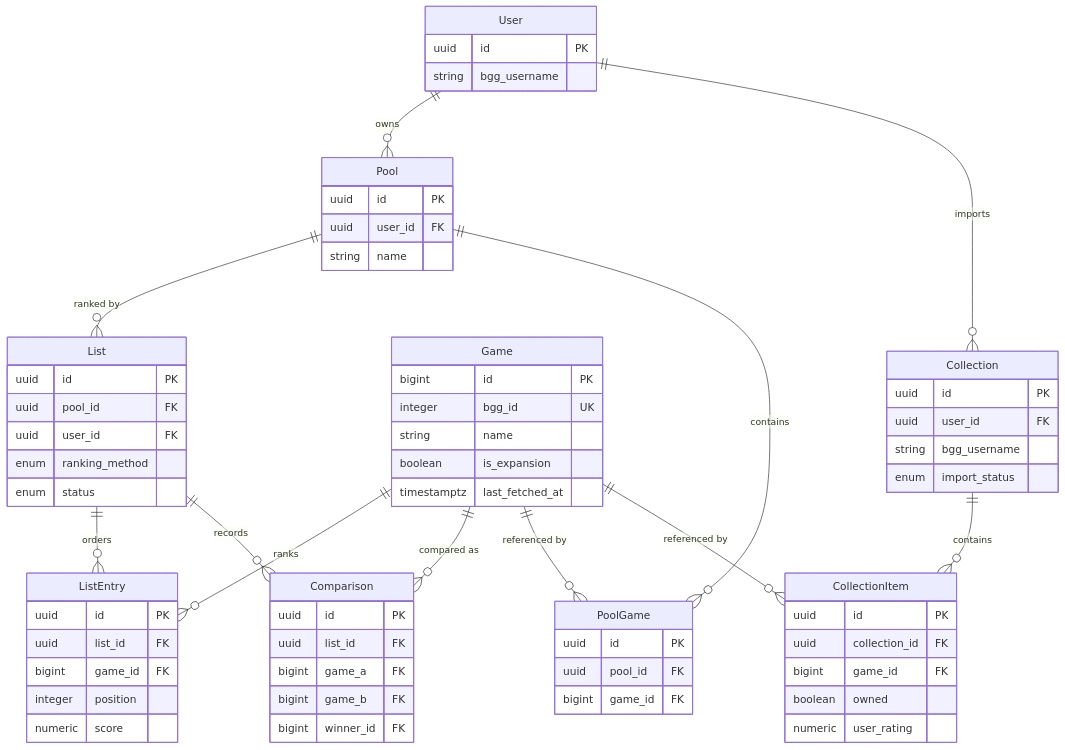
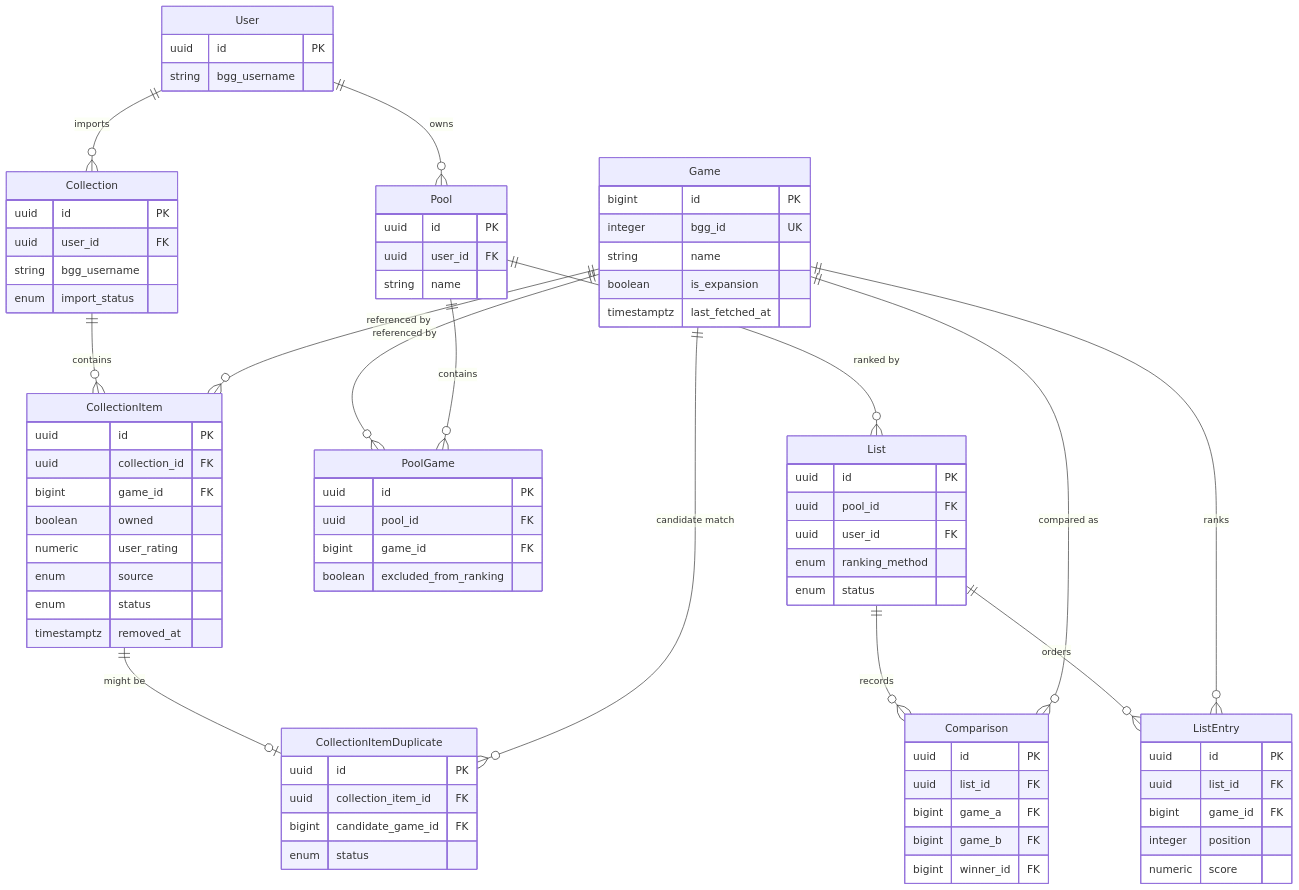
One commit to moui72/yet-another-rank-games changed the first of 3 diagrams in README.md. Above: the diagram before and after it, drawn with Mermaid. The commit also changed other lines of this file and 4 other files, not shown here.

First line of the commit message:
Post-ship follow-up for collection-editing-and-resync: defects, diagrams, refine

````diff
--- a/README.md
+++ b/README.md
@@ -66,70 +66,82 @@
 ```mermaid
 erDiagram
     User ||--o{ Collection : imports
     User ||--o{ Pool : owns
     Collection ||--o{ CollectionItem : contains
     Game ||--o{ CollectionItem : "referenced by"
     Game ||--o{ PoolGame : "referenced by"
     Pool ||--o{ PoolGame : contains
     Pool ||--o{ List : "ranked by"
     List ||--o{ Comparison : records
     List ||--o{ ListEntry : orders
     Game ||--o{ Comparison : "compared as"
     Game ||--o{ ListEntry : ranks
+    CollectionItem ||--o| CollectionItemDuplicate : "might be"
+    Game ||--o{ CollectionItemDuplicate : "candidate match"
 
     User {
         uuid id PK
         string bgg_username
     }
     Game {
         bigint id PK
         integer bgg_id UK
         string name
         boolean is_expansion
         timestamptz last_fetched_at
     }
     Collection {
         uuid id PK
         uuid user_id FK
         string bgg_username
         enum import_status
     }
     CollectionItem {
         uuid id PK
         uuid collection_id FK
         bigint game_id FK
         boolean owned
         numeric user_rating
+        enum source
+        enum status
+        timestamptz removed_at
+    }
+    CollectionItemDuplicate {
+        uuid id PK
+        uuid collection_item_id FK
+        bigint candidate_game_id FK
+        enum status
     }
     Pool {
         uuid id PK
         uuid user_id FK
         string name
     }
     PoolGame {
         uuid id PK
         uuid pool_id FK
         bigint game_id FK
+        boolean excluded_from_ranking
     }
     List {
         uuid id PK
         uuid pool_id FK
         uuid user_id FK
         enum ranking_method
         enum status
     }
     Comparison {
         uuid id PK
         uuid list_id FK
         bigint game_a FK
         bigint game_b FK
         bigint winner_id FK
     }
     ListEntry {
         uuid id PK
         uuid list_id FK
         bigint game_id FK
         integer position
         numeric score
     }
 ```
````
